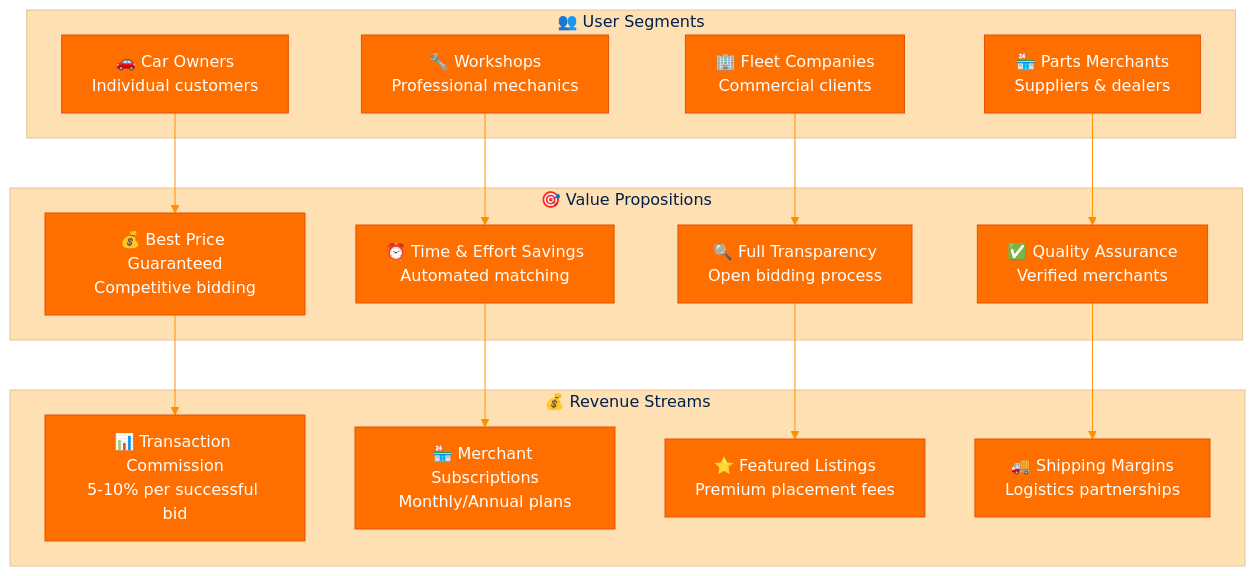
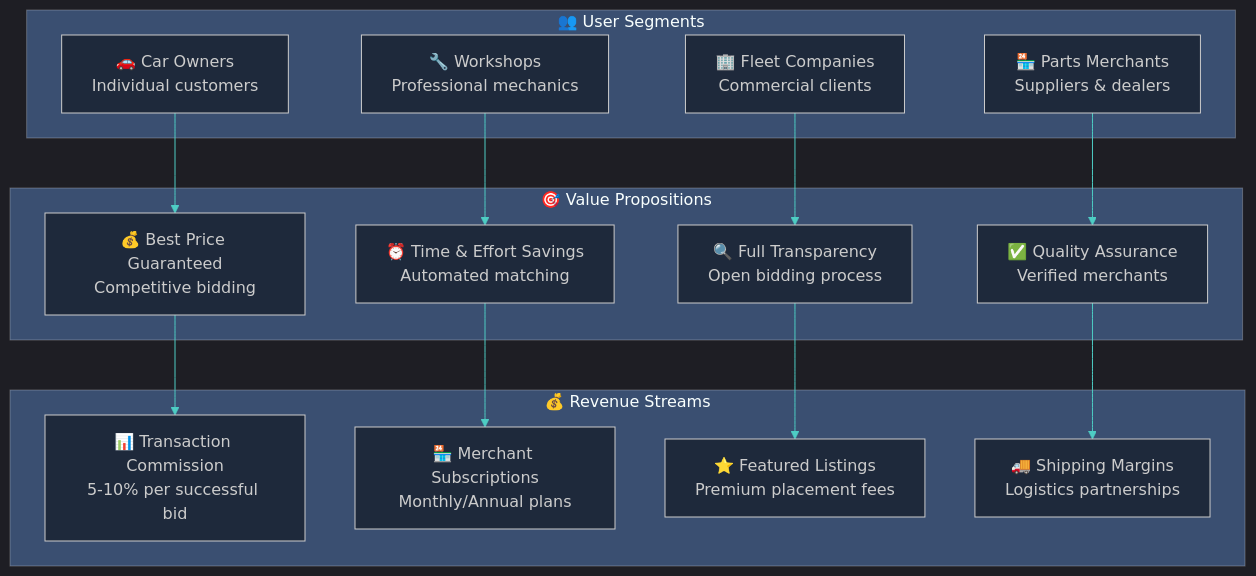
One commit to abdoElHodaky/larvrevrstender changed the first of 2 diagrams in DEEP_DETAILED_ANALYSIS_PLAN.md. Above: the diagram before and after it, drawn with Mermaid. The commit also changed other lines of this file and 1 other file, not shown here.

First line of the commit message:
feat: Update additional planning document diagrams with unified dark theme

````diff
--- a/DEEP_DETAILED_ANALYSIS_PLAN.md
+++ b/DEEP_DETAILED_ANALYSIS_PLAN.md
@@ -27,45 +27,48 @@
 ```mermaid
 %%{init: {
-  'theme': 'base',
+  'theme': 'dark',
   'themeVariables': {
-    'primaryColor': '#FF6F00',
-    'primaryTextColor': '#ffffff',
-    'primaryBorderColor': '#E65100',
-    'lineColor': '#FF8F00',
-    'secondaryColor': '#FFA726',
-    'tertiaryColor': '#FFE0B2',
-    'background': '#ffffff'
+    'primaryColor': '#FF6B6B',
+    'primaryTextColor': '#FFFFFF',
+    'primaryBorderColor': '#FF8E8E',
+    'lineColor': '#4ECDC4',
+    'secondaryColor': '#45B7D1',
+    'tertiaryColor': '#96CEB4',
+    'background': '#0F172A',
+    'mainBkg': '#1E293B',
+    'secondBkg': '#334155',
+    'tertiaryBkg': '#475569'
   }
 }}%%
 flowchart TB
     subgraph "💰 Revenue Streams"
         R1["📊 Transaction Commission<br/>5-10% per successful bid"]
         R2["🏪 Merchant Subscriptions<br/>Monthly/Annual plans"]
         R3["⭐ Featured Listings<br/>Premium placement fees"]
         R4["🚚 Shipping Margins<br/>Logistics partnerships"]
     end
     
     subgraph "👥 User Segments"
         U1["🚗 Car Owners<br/>Individual customers"]
         U2["🔧 Workshops<br/>Professional mechanics"]
         U3["🏢 Fleet Companies<br/>Commercial clients"]
         U4["🏪 Parts Merchants<br/>Suppliers & dealers"]
     end
     
     subgraph "🎯 Value Propositions"
         V1["💰 Best Price Guaranteed<br/>Competitive bidding"]
         V2["⏰ Time & Effort Savings<br/>Automated matching"]
         V3["🔍 Full Transparency<br/>Open bidding process"]
         V4["✅ Quality Assurance<br/>Verified merchants"]
     end
     
     U1 --> V1
     U2 --> V2
     U3 --> V3
     U4 --> V4
     
     V1 --> R1
     V2 --> R2
     V3 --> R3
     V4 --> R4
 ```
````
